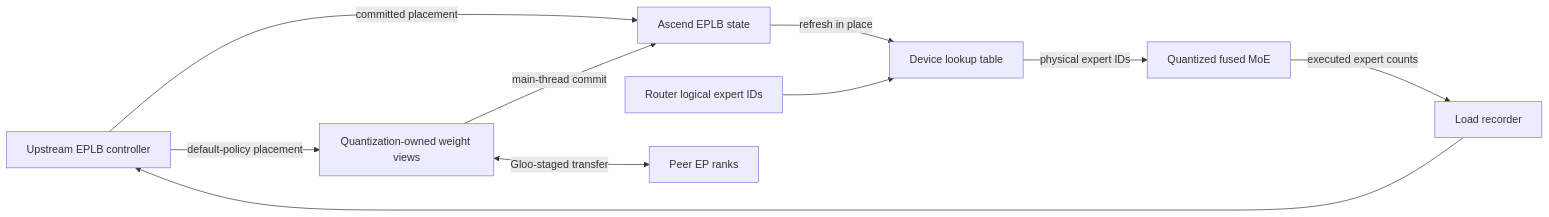
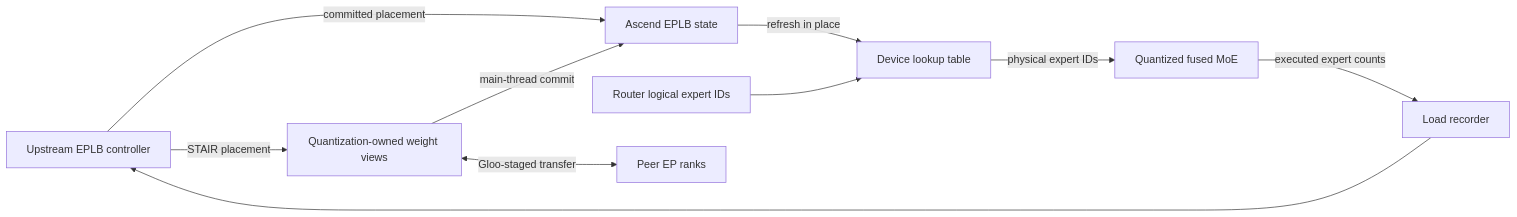
The diagram in docs/source/developer_guide/Design_Documents/model_runner_v2_eplb.md (vllm-project/vllm-ascend), drawn with Mermaid before and after one commit. The commit also changed other lines of this file and 3 other files, not shown here.

First line of the commit message:
docs(eplb): document STAIR as MRv2 policy

````diff
--- a/docs/source/developer_guide/Design_Documents/model_runner_v2_eplb.md
+++ b/docs/source/developer_guide/Design_Documents/model_runner_v2_eplb.md
@@ -32,12 +32,12 @@
 ```mermaid
 flowchart LR
     A["Upstream EPLB controller"] -->|"committed placement"| B["Ascend EPLB state"]
     B -->|"refresh in place"| C["Device lookup table"]
     D["Router logical expert IDs"] --> C
     C -->|"physical expert IDs"| E["Quantized fused MoE"]
     E -->|"executed expert counts"| F["Load recorder"]
     F --> A
-    A -->|"default-policy placement"| G["Quantization-owned weight views"]
+    A -->|"STAIR placement"| G["Quantization-owned weight views"]
     G <-->|"Gloo-staged transfer"| H["Peer EP ranks"]
     G -->|"main-thread commit"| B
 ```
````
